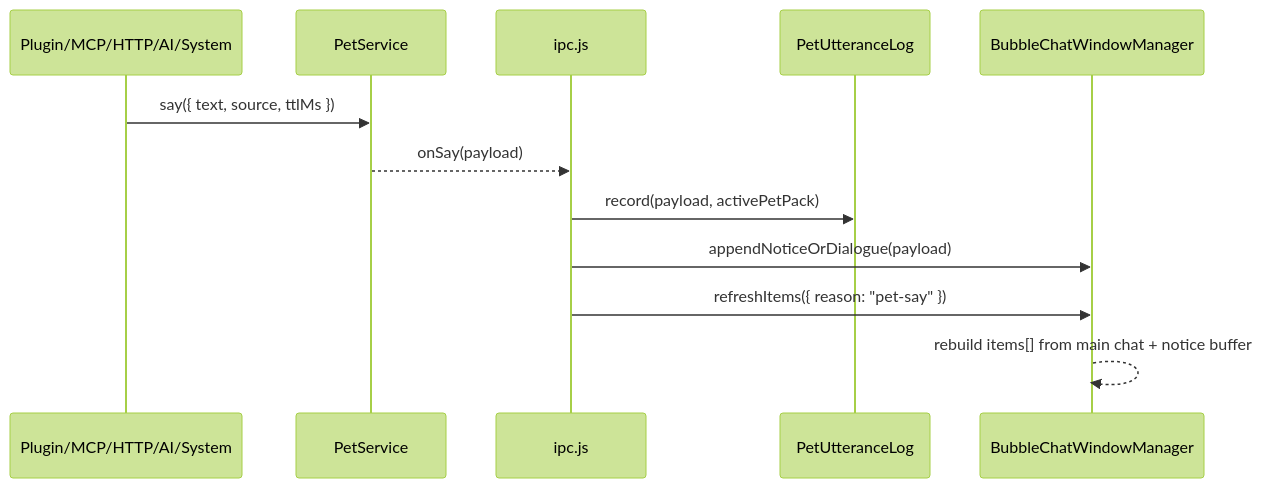
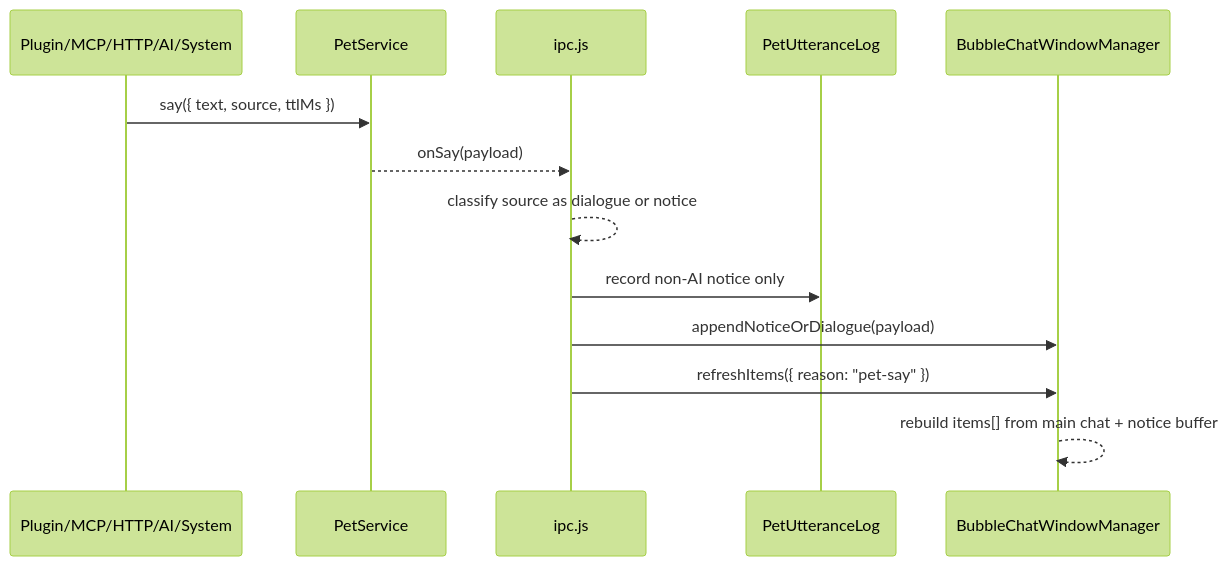
One commit to dengyie/openpet changed the first of 3 diagrams in docs/superpowers/specs/2026-06-24-pet-bubble-chat-popup-design.md. Above: the diagram before and after it, drawn with Mermaid (forest theme). The commit also changed other lines of this file, not shown here.

````diff
--- a/docs/superpowers/specs/2026-06-24-pet-bubble-chat-popup-design.md
+++ b/docs/superpowers/specs/2026-06-24-pet-bubble-chat-popup-design.md
@@ -636,15 +652,16 @@
 ```mermaid
 sequenceDiagram
   participant Source as Plugin/MCP/HTTP/AI/System
   participant PetService
   participant IPC as ipc.js
   participant Utterance as PetUtteranceLog
   participant Bubble as BubbleChatWindowManager
 
   Source->>PetService: say({ text, source, ttlMs })
   PetService-->>IPC: onSay(payload)
-  IPC->>Utterance: record(payload, activePetPack)
+  IPC-->>IPC: classify source as dialogue or notice
+  IPC->>Utterance: record non-AI notice only
   IPC->>Bubble: appendNoticeOrDialogue(payload)
   IPC->>Bubble: refreshItems({ reason: "pet-say" })
   Bubble-->>Bubble: rebuild items[] from main chat + notice buffer
 ```
````
